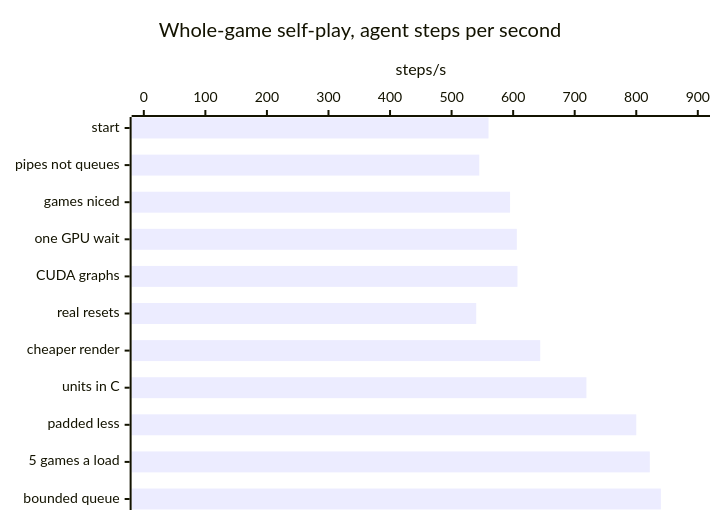
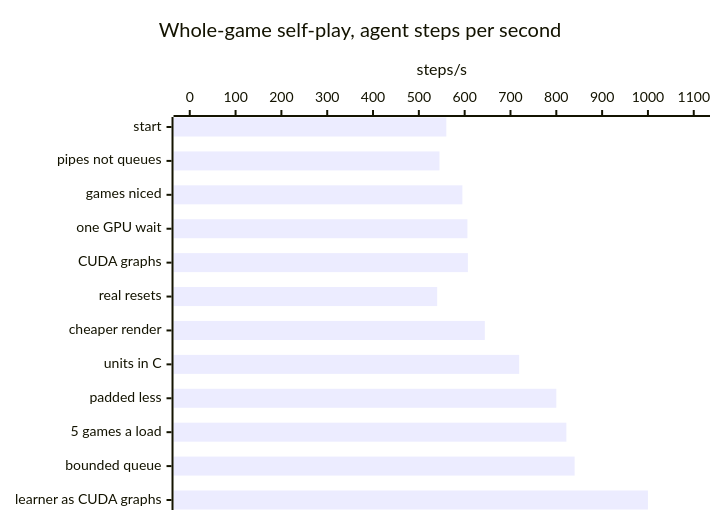
Before and after one commit to RobinKa/warcraftsim: the first of 2 diagrams in docs/optimizations.md, drawn with Mermaid. The commit also changed other lines of this file and 1 other file, not shown here.

Commit message:
docs: the learner as CUDA graphs: updates ~9.5 -> ~5 s in the run, ~800 -> ~1,000 steps/s

````diff
--- a/docs/optimizations.md
+++ b/docs/optimizations.md
@@ -7,7 +7,7 @@
 ```mermaid
 xychart-beta horizontal
   title "Whole-game self-play, agent steps per second"
-  x-axis ["start", "pipes not queues", "games niced", "one GPU wait", "CUDA graphs", "real resets", "cheaper render", "units in C", "padded less", "5 games a load", "bounded queue"]
-  y-axis "steps/s" 0 --> 900
-  bar [560, 545, 595, 606, 607, 540, 644, 719, 800, 822, 840]
+  x-axis ["start", "pipes not queues", "games niced", "one GPU wait", "CUDA graphs", "real resets", "cheaper render", "units in C", "padded less", "5 games a load", "bounded queue", "learner as CUDA graphs"]
+  y-axis "steps/s" 0 --> 1100
+  bar [560, 545, 595, 606, 607, 540, 644, 719, 800, 822, 840, 1000]
 ```
````
